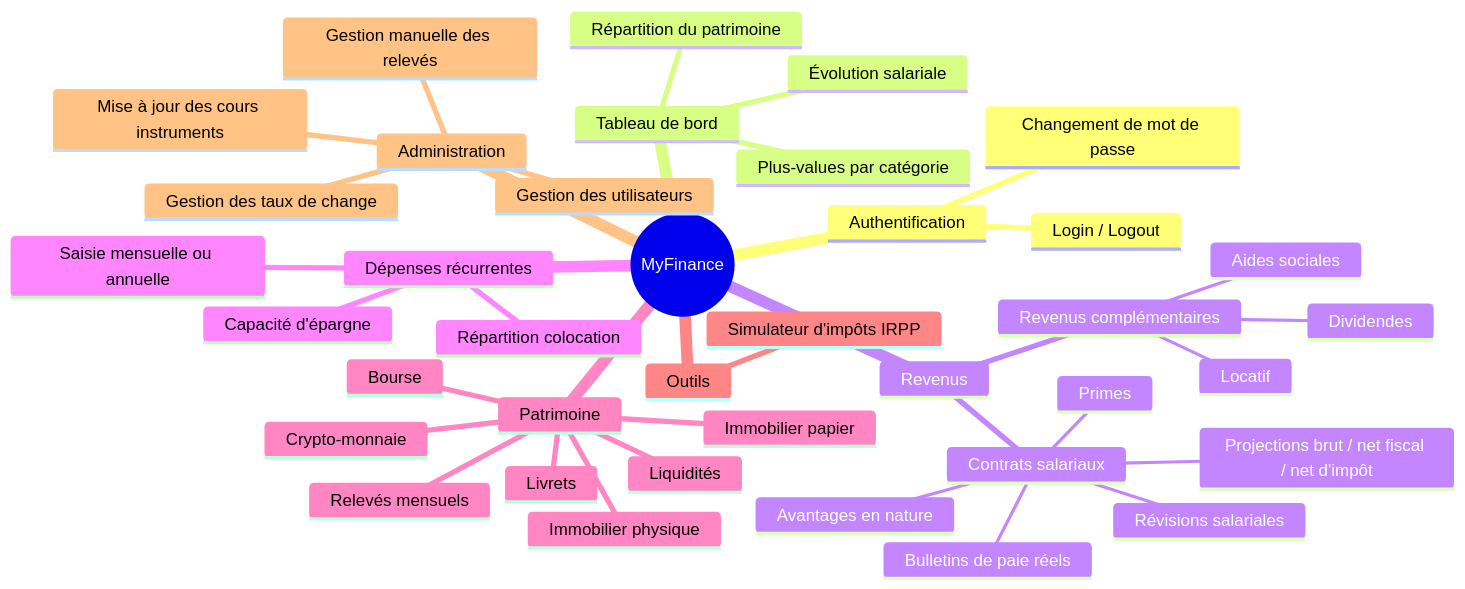
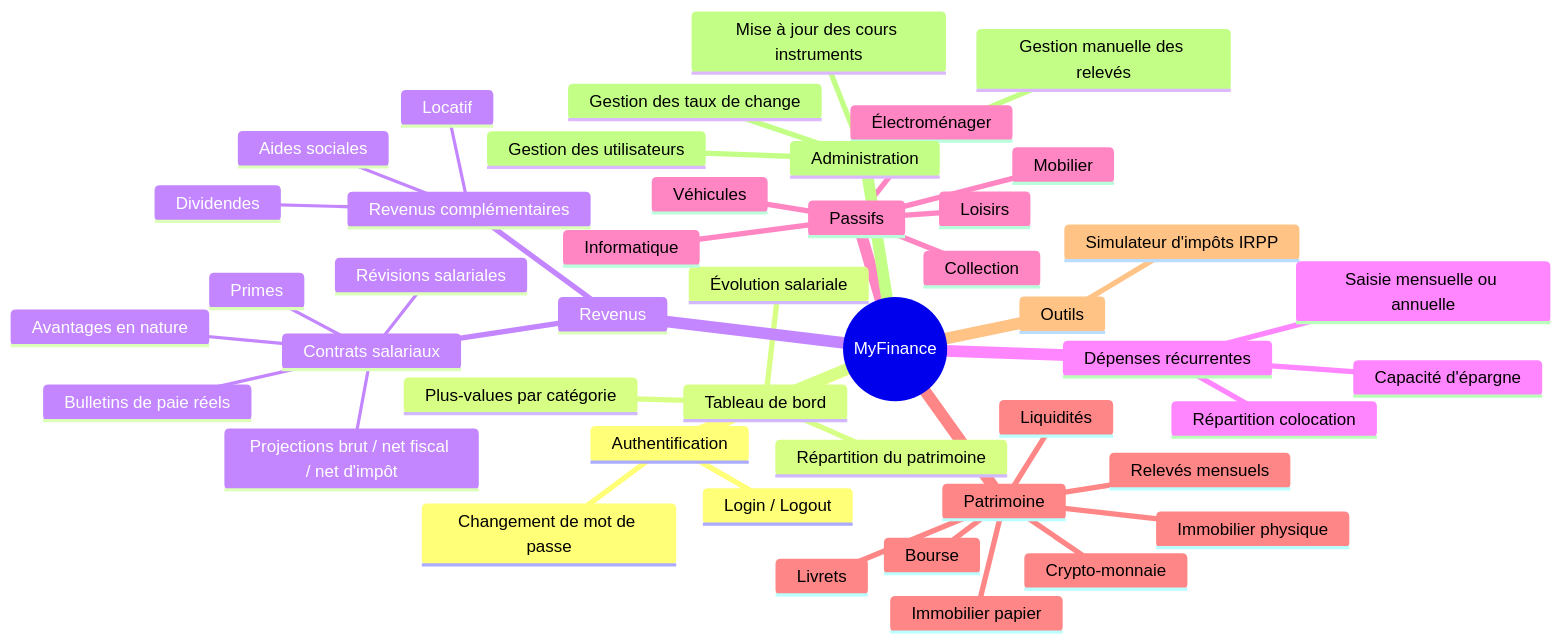
Before and after one commit to Neogost/MyFinance: the diagram in docs/architecture/overview.md, drawn with Mermaid. The commit also changed other lines of this file and 23 other files, not shown here.

First line of the commit message:
feat: add passifs module and dashboard chart

````diff
--- a/docs/architecture/overview.md
+++ b/docs/architecture/overview.md
@@ -23,41 +23,48 @@
 ```mermaid
 mindmap
   root((MyFinance))
     Authentification
         Login / Logout
         Changement de mot de passe
     Tableau de bord
         Évolution salariale
         Répartition du patrimoine
         Plus-values par catégorie
     Revenus
         Contrats salariaux
             Projections brut / net fiscal / net d'impôt
             Bulletins de paie réels
             Révisions salariales
             Primes
             Avantages en nature
         Revenus complémentaires
             Locatif
             Dividendes
             Aides sociales
     Dépenses récurrentes
         Saisie mensuelle ou annuelle
         Répartition colocation
         Capacité d'épargne
+    Passifs
+        Véhicules
+        Informatique
+        Électroménager
+        Mobilier
+        Collection
+        Loisirs
     Patrimoine
         Bourse
         Crypto-monnaie
         Immobilier papier
         Immobilier physique
         Livrets
         Liquidités
         Relevés mensuels
     Outils
         Simulateur d'impôts IRPP
     Administration
         Gestion des utilisateurs
         Mise à jour des cours instruments
         Gestion des taux de change
         Gestion manuelle des relevés
 ```
````
